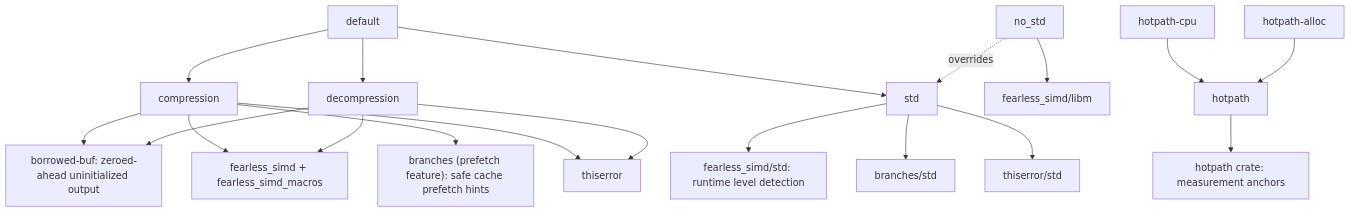
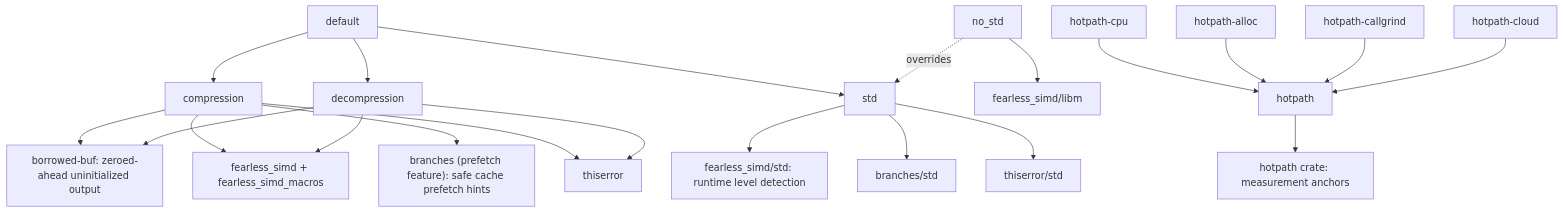
The first of 3 diagrams in architecture/codec-features.md (M-Compressors/mzstd), drawn with Mermaid before and after one commit. The commit also changed other lines of this file and 13 other files, not shown here.

````diff
--- a/architecture/codec-features.md
+++ b/architecture/codec-features.md
@@ -5,21 +5,23 @@
 ```mermaid
 flowchart TD
     D[default] --> Std[std]
     D --> C[compression]
     D --> Dc[decompression]
     C --> T[thiserror]
     Dc --> T
     C --> FS[fearless_simd + fearless_simd_macros]
     Dc --> FS
     C --> BR["branches (prefetch feature): safe cache prefetch hints"]
     C --> BB["borrowed-buf: zeroed-ahead uninitialized output"]
     Dc --> BB
     Std --> TS[thiserror/std]
     Std --> BRS[branches/std]
     Std --> FSS[fearless_simd/std: runtime level detection]
     N[no_std] -.overrides.-> Std
     N --> FSL[fearless_simd/libm]
     H[hotpath] --> HP[hotpath crate: measurement anchors]
     HC[hotpath-cpu] --> H
     HA[hotpath-alloc] --> H
+    HG[hotpath-callgrind] --> H
+    HCl[hotpath-cloud] --> H
 ```
````
